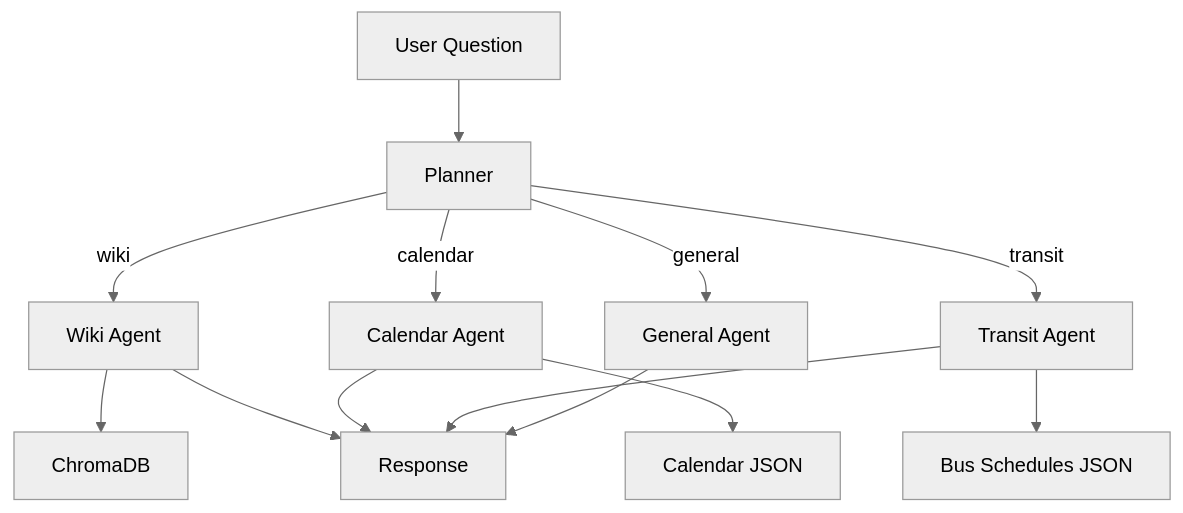
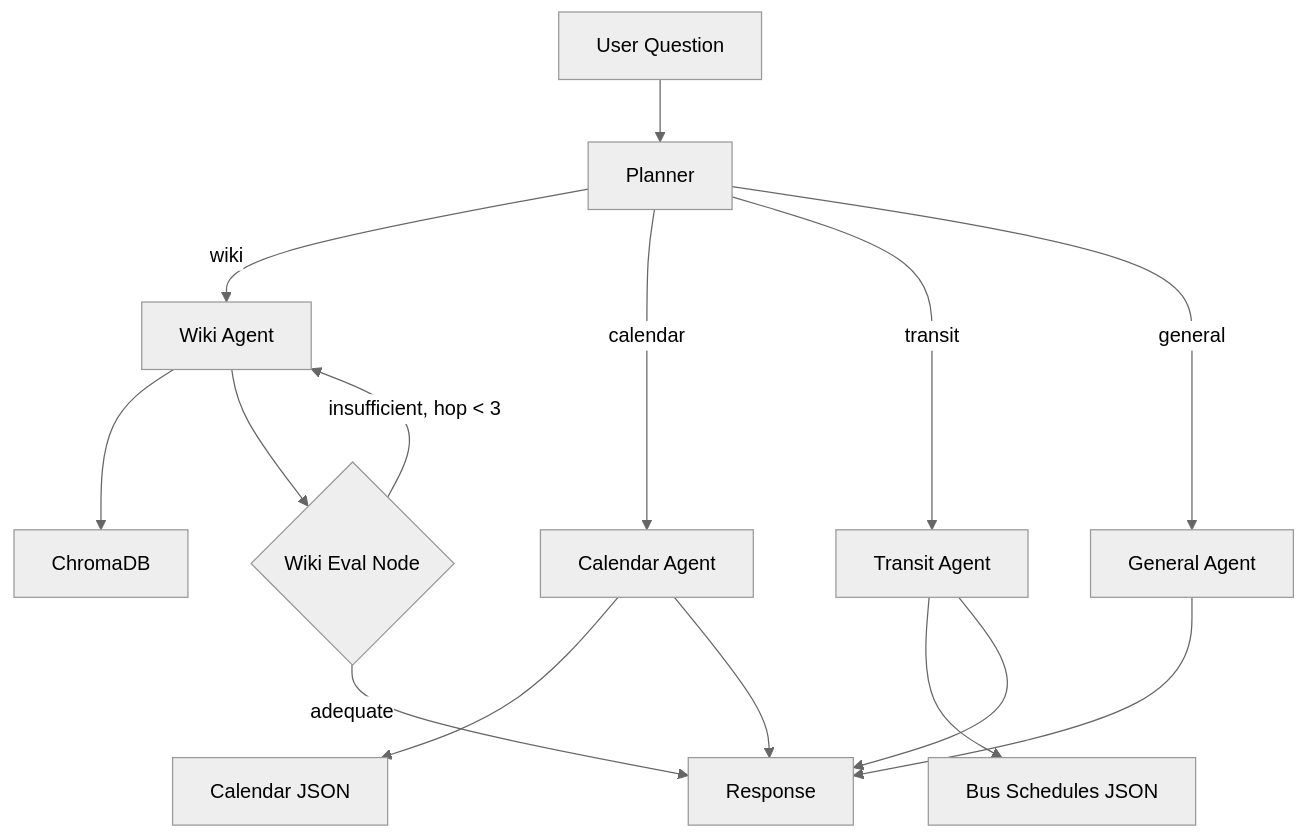
The diagram in README.md (hisenberggg/OrangeBot), drawn with Mermaid (neutral theme) before and after one commit. The commit also changed other lines of this file and 11 other files, not shown here.

First line of the commit message:
Updated Arch diagram in readme

````diff
--- a/README.md
+++ b/README.md
@@ -7,15 +7,17 @@
 ```mermaid
 flowchart TD
     User[User Question] --> Planner[Planner]
     Planner -->|wiki| Wiki[Wiki Agent]
     Planner -->|calendar| Calendar[Calendar Agent]
     Planner -->|transit| Transit[Transit Agent]
     Planner -->|general| General[General Agent]
     Wiki --> ChromaDB[ChromaDB]
+    Wiki --> Eval{Wiki Eval Node}
+    Eval -->|"adequate"| Response[Response]
+    Eval -->|"insufficient, hop < 3"| Wiki
     Calendar --> CalJSON[Calendar JSON]
     Transit --> BusJSON[Bus Schedules JSON]
-    Wiki --> Response[Response]
     Calendar --> Response
     Transit --> Response
     General --> Response
 ```
````
